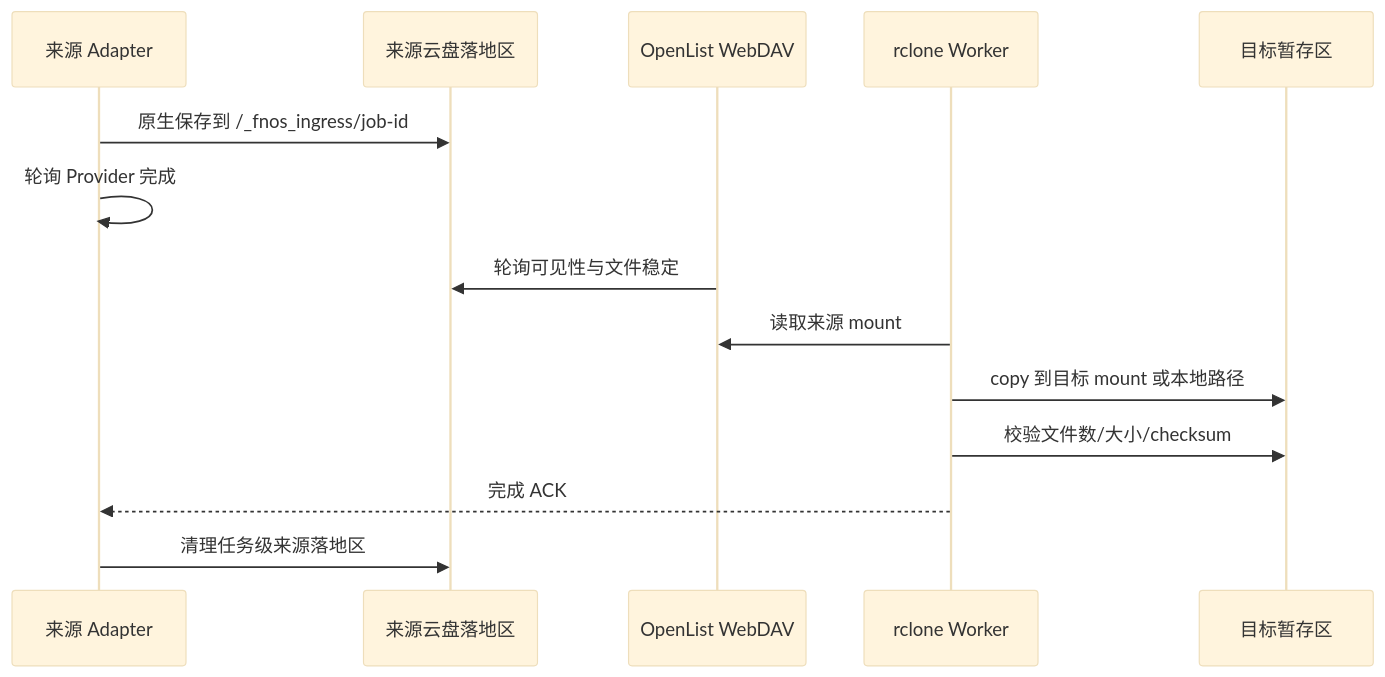
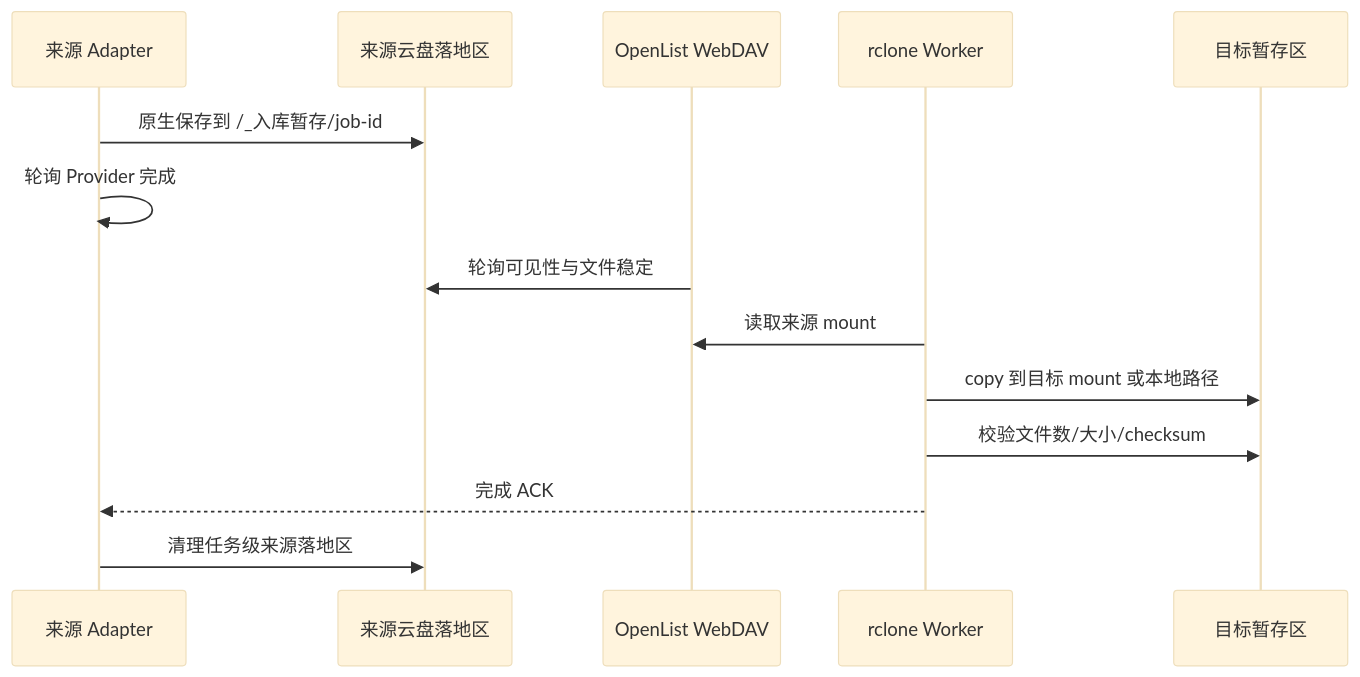
The third of 4 diagrams in docs/V1.0多链路设计文档.md (aichuguang/fnos-search), drawn with Mermaid (base theme) before and after one commit. The commit also changed other lines of this file and 1 other file, not shown here.

First line of the commit message:
feat: 任务落地区/暂存区目录名统一为 _入库暂存

````diff
--- a/docs/V1.0多链路设计文档.md
+++ b/docs/V1.0多链路设计文档.md
@@ -939,16 +939,16 @@
 ```mermaid
 sequenceDiagram
     participant A as 来源 Adapter
     participant S as 来源云盘落地区
     participant O as OpenList WebDAV
     participant R as rclone Worker
     participant D as 目标暂存区
-    A->>S: 原生保存到 /_fnos_ingress/job-id
+    A->>S: 原生保存到 /_入库暂存/job-id
     A->>A: 轮询 Provider 完成
     O->>S: 轮询可见性与文件稳定
     R->>O: 读取来源 mount
     R->>D: copy 到目标 mount 或本地路径
     R->>D: 校验文件数/大小/checksum
     R-->>A: 完成 ACK
     A->>S: 清理任务级来源落地区
 ```
````
